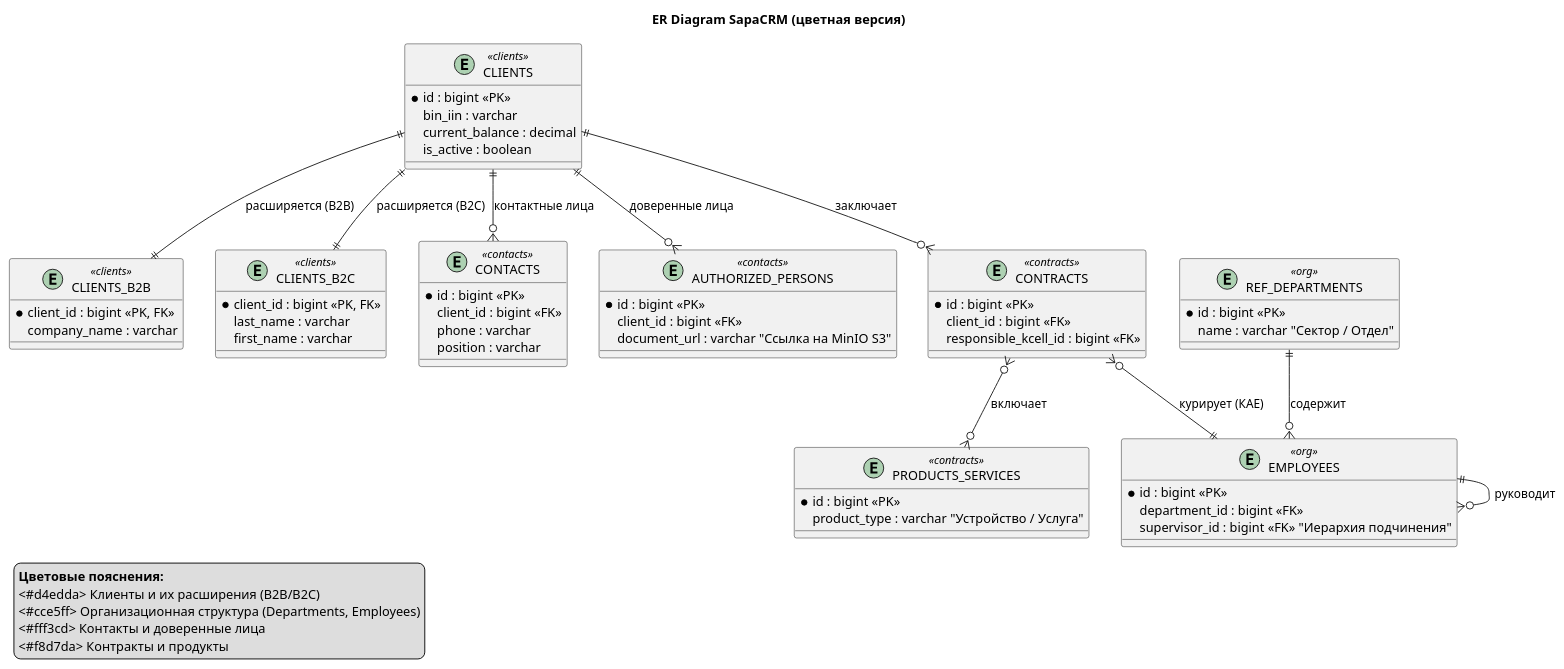
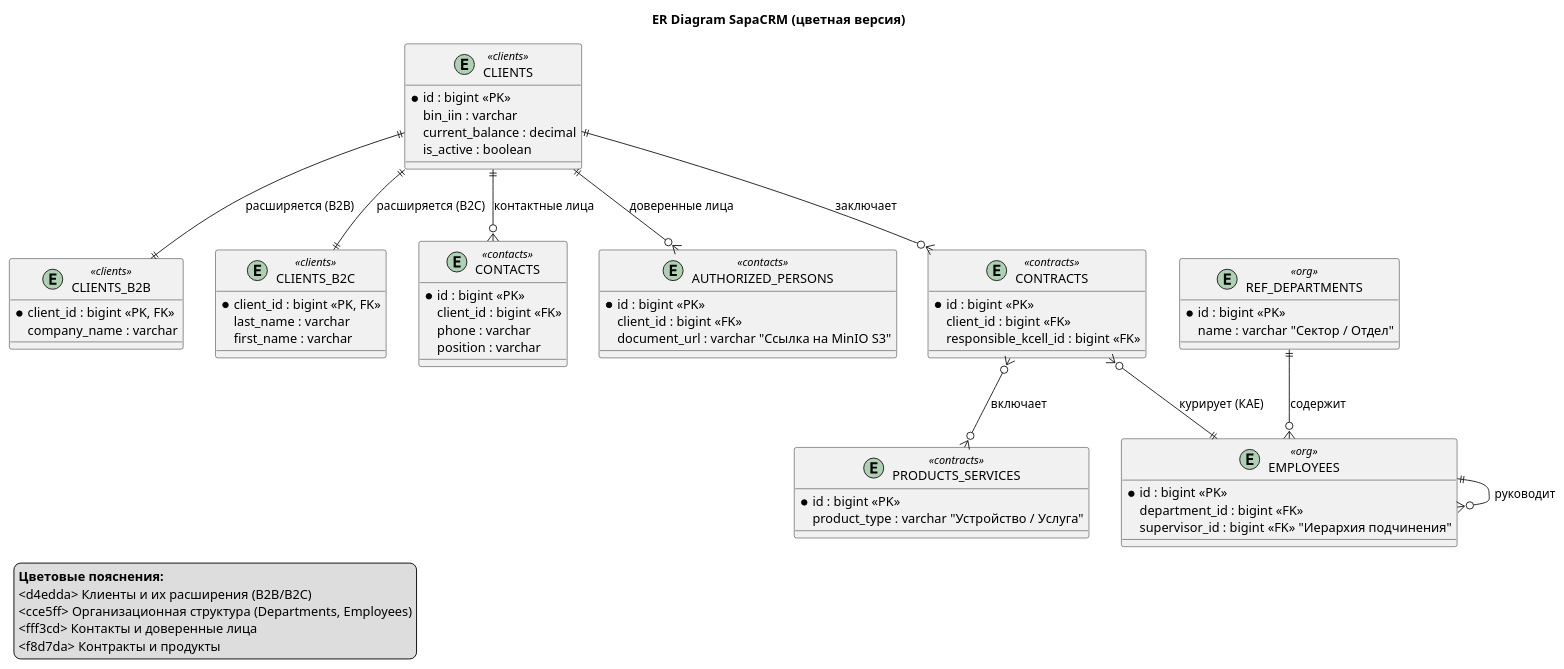
Before and after one commit to styazhkoV/-: the second of 5 diagrams in SapaCRM Kcell описание/Full Version Архитектура и устройство SapaCRM (АО «Kcell»).md, drawn with PlantUML. The commit also changed other lines of this file and 53 other files, not shown here.

```diff
--- a/SapaCRM Kcell описание/Full Version Архитектура и устройство SapaCRM (АО «Kcell»).md
+++ b/SapaCRM Kcell описание/Full Version Архитектура и устройство SapaCRM (АО «Kcell»).md
@@ -194,35 +194,35 @@
 
 ' === Стилизация ===
 skinparam entity {
-  BackgroundColor<<clients>> #d4edda
-  BorderColor #28a745
+  BackgroundColor<<clients>> d4edda
+  BorderColor 28a745
   BorderThickness 2
 }
 
 skinparam entity {
-  BackgroundColor<<org>> #cce5ff
-  BorderColor #004085
+  BackgroundColor<<org>> cce5ff
+  BorderColor 004085
   BorderThickness 2
 }
 
 skinparam entity {
-  BackgroundColor<<contacts>> #fff3cd
-  BorderColor #856404
+  BackgroundColor<<contacts>> fff3cd
+  BorderColor 856404
   BorderThickness 2
 }
 
 skinparam entity {
-  BackgroundColor<<contracts>> #f8d7da
-  BorderColor #dc3545
+  BackgroundColor<<contracts>> f8d7da
+  BorderColor dc3545
   BorderThickness 2
 }
 
 legend left
   <b>Цветовые пояснения:</b>
-  <#d4edda> Клиенты и их расширения (B2B/B2C)
-  <#cce5ff> Организационная структура (Departments, Employees)
-  <#fff3cd> Контакты и доверенные лица
-  <#f8d7da> Контракты и продукты
+  <d4edda> Клиенты и их расширения (B2B/B2C)
+  <cce5ff> Организационная структура (Departments, Employees)
+  <fff3cd> Контакты и доверенные лица
+  <f8d7da> Контракты и продукты
 endlegend
 
 @enduml
```
